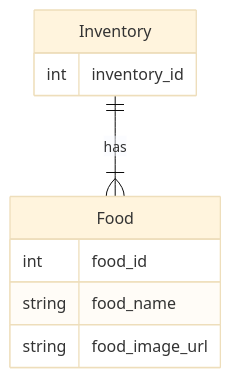
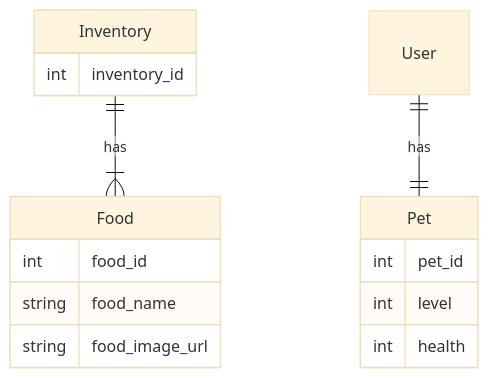
Before and after one commit to Capstone-Projects-2024-Spring/project-smartweights: the second of 2 diagrams in documentation/docs/system-architecture/database-diagrams.md, drawn with Mermaid (base theme). The commit also changed other lines of this file, not shown here.

````diff
--- a/documentation/docs/system-architecture/database-diagrams.md
+++ b/documentation/docs/system-architecture/database-diagrams.md
@@ -123,12 +123,18 @@
 ```mermaid
 erDiagram
+ Pet{
+        int pet_id
+        int level
+        int health
+    }
  Inventory{
         int inventory_id
     }
     Food{
         int food_id
         string food_name
         string food_image_url
     }
+ User ||--||Pet:has
  Inventory ||--|{ Food: has 
 ```
````
